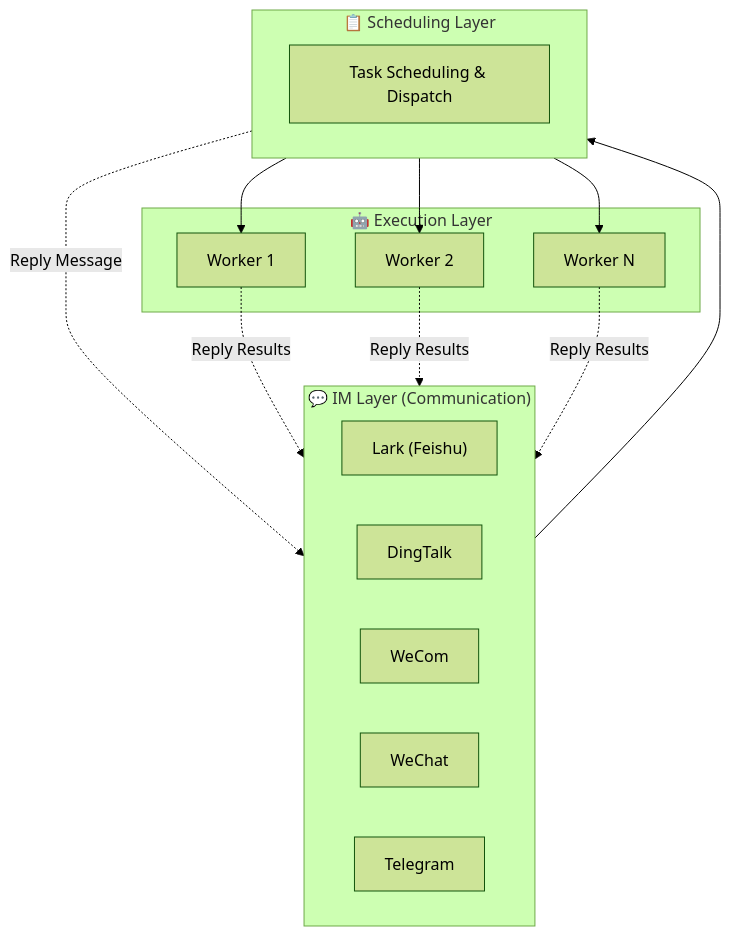
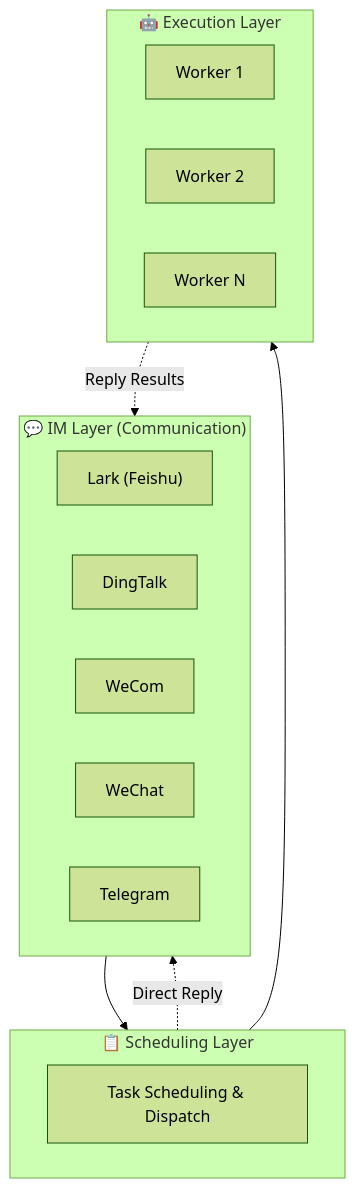
The diagram in content/docs/index.mdx (theopenbee/docs), drawn with Mermaid (forest theme) before and after one commit. The commit also changed 1 other file, not shown here.

Commit message:
docs: fix How It Works diagram layout to keep IM layer at top

````diff
--- a/content/docs/index.mdx
+++ b/content/docs/index.mdx
@@ -21,29 +21,25 @@
 ```mermaid
 graph TD
     subgraph IM["💬 IM Layer (Communication)"]
         A1["Lark (Feishu)"]
         A2["DingTalk"]
         A3["WeCom"]
         A4["WeChat"]
         A5["Telegram"]
     end
 
     subgraph SCHED["📋 Scheduling Layer"]
         B["Task Scheduling & Dispatch"]
     end
 
     subgraph EXEC["🤖 Execution Layer"]
         C1["Worker 1"]
         C2["Worker 2"]
         C3["Worker N"]
     end
 
     IM --> SCHED
-    SCHED -. "Reply Message" .-> IM
-    SCHED --> C1
-    SCHED --> C2
-    SCHED --> C3
-    C1 -. "Reply Results" .-> IM
-    C2 -. "Reply Results" .-> IM
-    C3 -. "Reply Results" .-> IM
+    SCHED --> EXEC
+    SCHED -. "Direct Reply" .-> IM
+    EXEC -. "Reply Results" .-> IM
 ```
````
